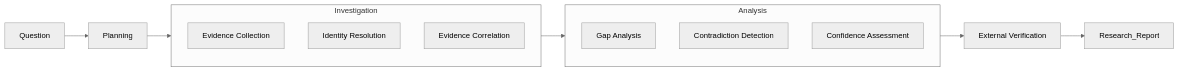
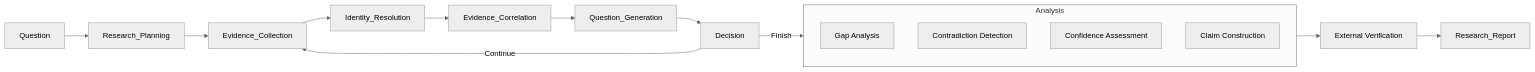
The first of 3 diagrams in .trae/skills/enterprise-research-agent/SKILL.md (devweekly/devweekly.github.io), drawn with Mermaid (neutral theme) before and after one commit. The commit also changed other lines of this file and 1 other file, not shown here.

````diff
--- a/.trae/skills/enterprise-research-agent/SKILL.md
+++ b/.trae/skills/enterprise-research-agent/SKILL.md
@@ -61,18 +88,19 @@
 ```mermaid
 flowchart LR
-    Question --> Planning
-    Planning --> Investigation
-    subgraph Investigation
-        IC[Evidence Collection]
-        IR[Identity Resolution]
-        EC[Evidence Correlation]
-    end
-    Investigation --> Analysis
+    Question --> Research_Planning
+    Research_Planning --> Evidence_Collection
+    Evidence_Collection --> Identity_Resolution
+    Identity_Resolution --> Evidence_Correlation
+    Evidence_Correlation --> Question_Generation
+    Question_Generation --> Decision
+    Decision -->|Continue| Evidence_Collection
+    Decision -->|Finish| Analysis
     subgraph Analysis
         GA[Gap Analysis]
         CD[Contradiction Detection]
         CA[Confidence Assessment]
+        CC[Claim Construction]
     end
     Analysis --> EV[External Verification]
     EV --> Research_Report
 ```
````
